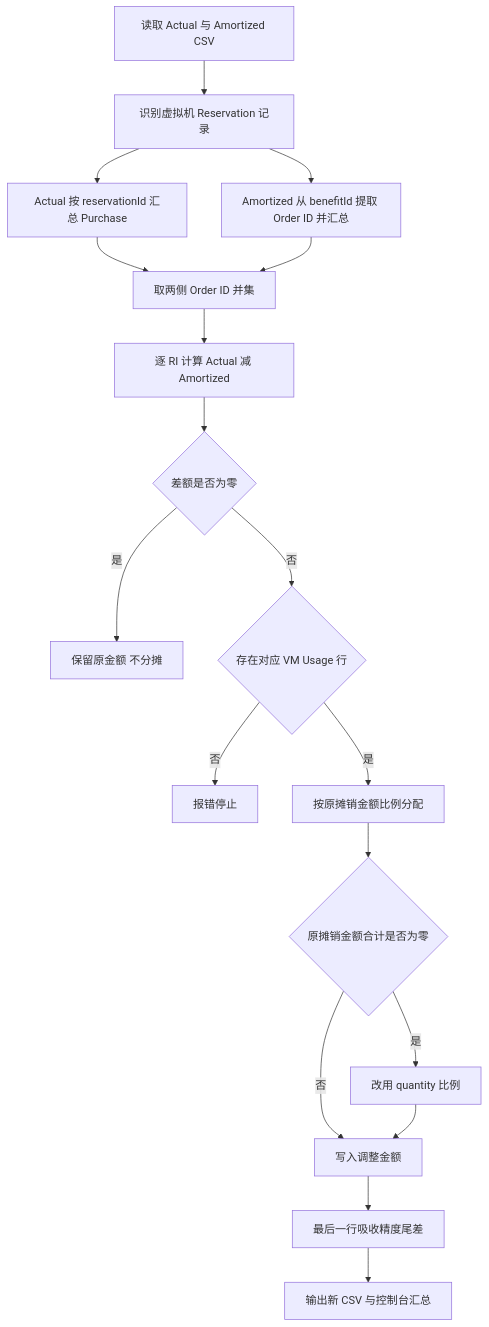
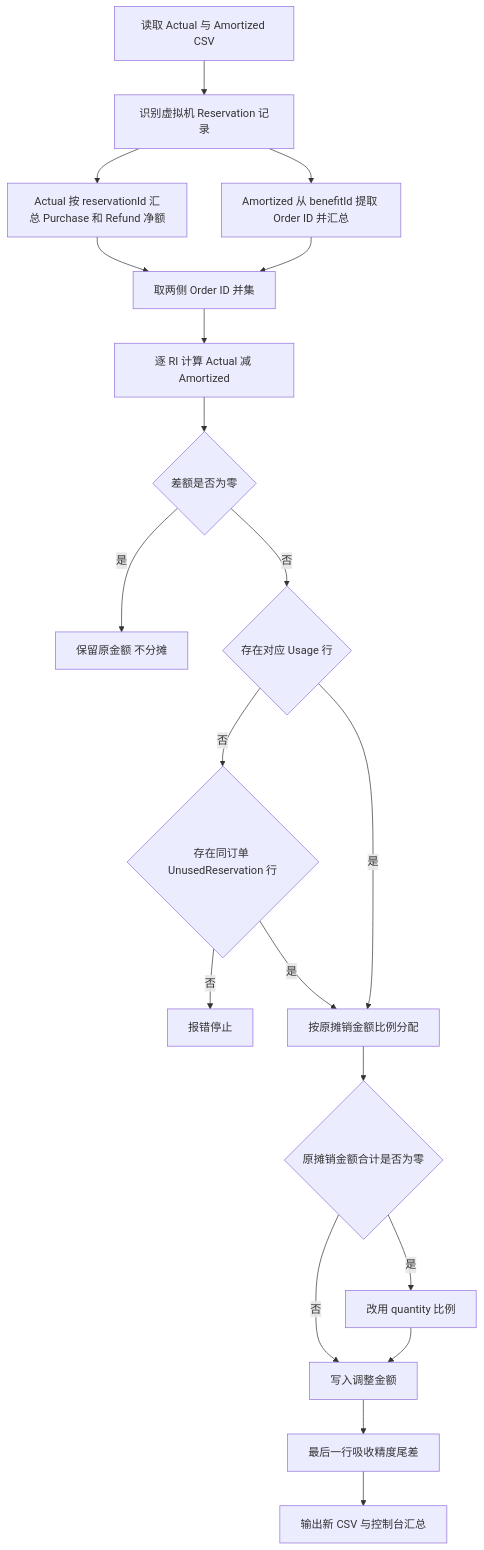
Before and after one commit to lprincewhn/azureops: the diagram in ri-reallocation/RI实际与摊销差额分摊说明.md, drawn with Mermaid. The commit also changed other lines of this file and 2 other files, not shown here.

First line of the commit message:
ri-reallocation: reconcile RI refunds and unused reservations

````diff
--- a/ri-reallocation/RI实际与摊销差额分摊说明.md
+++ b/ri-reallocation/RI实际与摊销差额分摊说明.md
@@ -96,20 +101,22 @@
 ```mermaid
 flowchart TD
     A[读取 Actual 与 Amortized CSV] --> B[识别虚拟机 Reservation 记录]
-    B --> C[Actual 按 reservationId 汇总 Purchase]
+    B --> C[Actual 按 reservationId 汇总 Purchase 和 Refund 净额]
     B --> D[Amortized 从 benefitId 提取 Order ID 并汇总]
     C --> E[取两侧 Order ID 并集]
     D --> E
     E --> F[逐 RI 计算 Actual 减 Amortized]
     F --> G{差额是否为零}
     G -- 是 --> H[保留原金额 不分摊]
-    G -- 否 --> I{存在对应 VM Usage 行}
-    I -- 否 --> J[报错停止]
+    G -- 否 --> I{存在对应 Usage 行}
+    I -- 否 --> J{存在同订单 UnusedReservation 行}
+    J -- 否 --> Q[报错停止]
+    J -- 是 --> K
     I -- 是 --> K[按原摊销金额比例分配]
     K --> L{原摊销金额合计是否为零}
     L -- 是 --> M[改用 quantity 比例]
     L -- 否 --> N[写入调整金额]
     M --> N
     N --> O[最后一行吸收精度尾差]
     O --> P[输出新 CSV 与控制台汇总]
 ```
````
